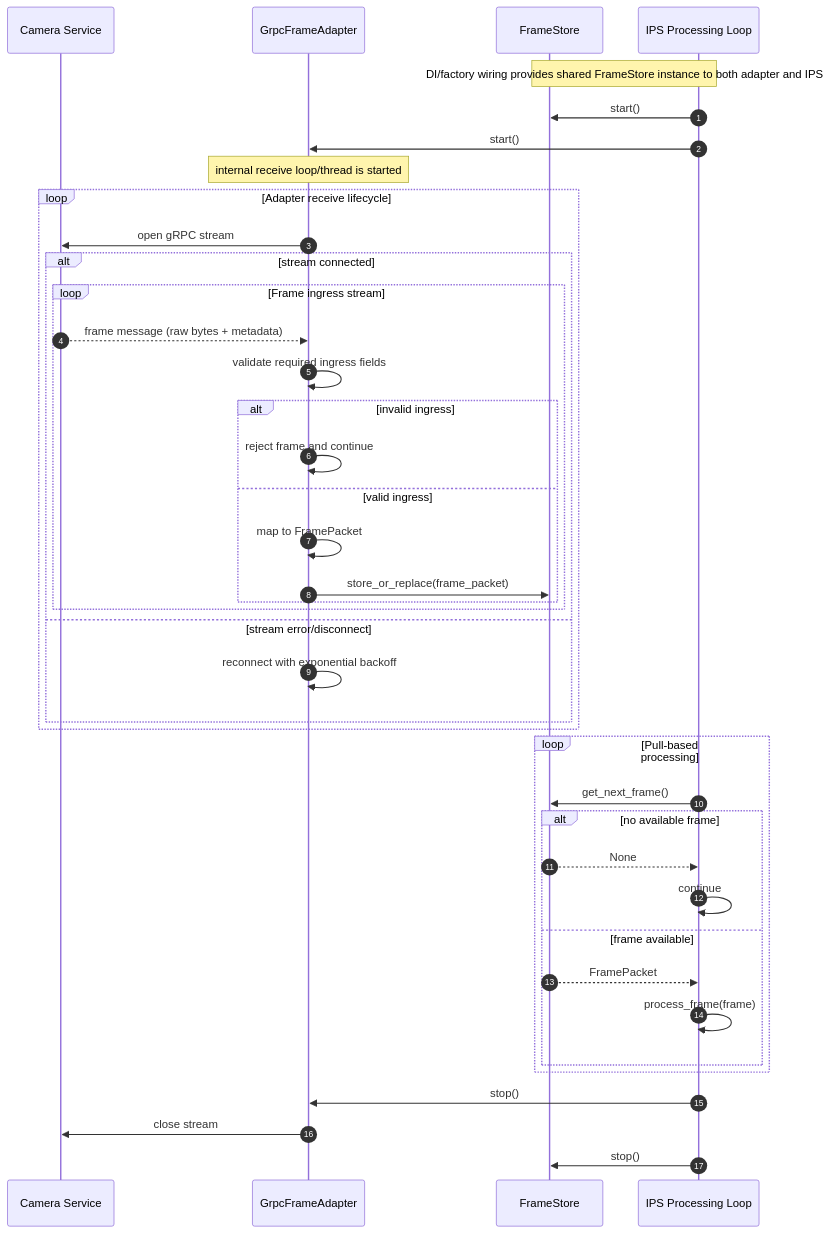
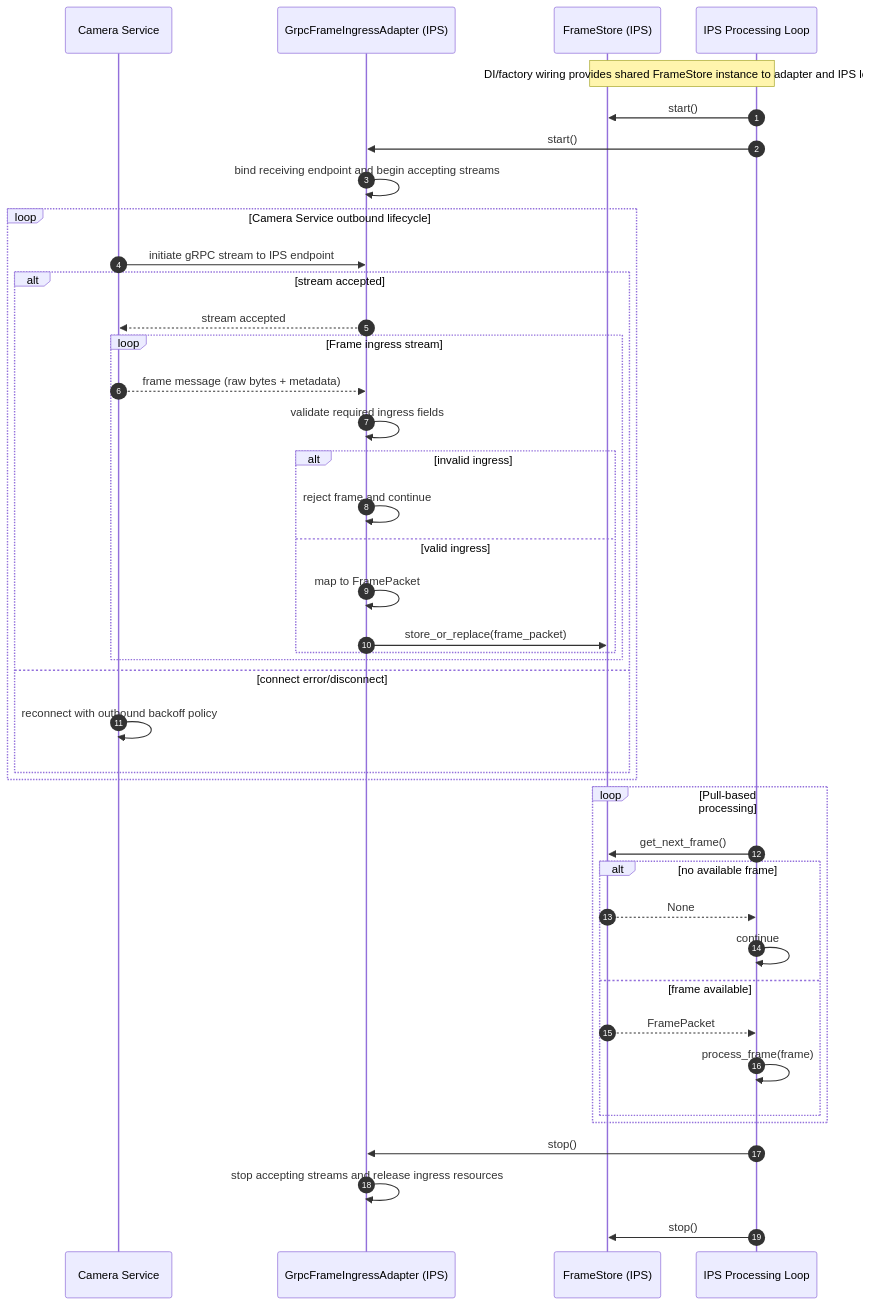
The second of 2 diagrams in doc/FRAME_ADAPTER.md (talifruman/camera-recognition), drawn with Mermaid before and after one commit. The commit also changed other lines of this file and 6 other files, not shown here.

````diff
--- a/doc/FRAME_ADAPTER.md
+++ b/doc/FRAME_ADAPTER.md
@@ -87,47 +90,48 @@
 ```mermaid
 sequenceDiagram
     autonumber
     participant CS as Camera Service
-    participant A as GrpcFrameAdapter
-    participant S as FrameStore
+    participant A as GrpcFrameIngressAdapter (IPS)
+    participant S as FrameStore (IPS)
     participant L as IPS Processing Loop
 
-    Note over L,S: DI/factory wiring provides shared FrameStore instance to both adapter and IPS
+    Note over L,S: DI/factory wiring provides shared FrameStore instance to adapter and IPS loop
 
     L->>S: start()
     L->>A: start()
-    Note over A: internal receive loop/thread is started
+    A->>A: bind receiving endpoint and begin accepting streams
 
-    loop Adapter receive lifecycle
-        A->>CS: open gRPC stream
-        alt stream connected
+    loop Camera Service outbound lifecycle
+        CS->>A: initiate gRPC stream to IPS endpoint
+        alt stream accepted
+            A-->>CS: stream accepted
             loop Frame ingress stream
                 CS-->>A: frame message (raw bytes + metadata)
                 A->>A: validate required ingress fields
                 alt invalid ingress
                     A->>A: reject frame and continue
                 else valid ingress
                     A->>A: map to FramePacket
                     A->>S: store_or_replace(frame_packet)
                 end
             end
-        else stream error/disconnect
-            A->>A: reconnect with exponential backoff
+        else connect error/disconnect
+            CS->>CS: reconnect with outbound backoff policy
         end
     end
 
     loop Pull-based processing
         L->>S: get_next_frame()
         alt no available frame
             S-->>L: None
             L->>L: continue
         else frame available
             S-->>L: FramePacket
             L->>L: process_frame(frame)
         end
     end
 
     L->>A: stop()
-    A->>CS: close stream
+    A->>A: stop accepting streams and release ingress resources
     L->>S: stop()
 ```
````
